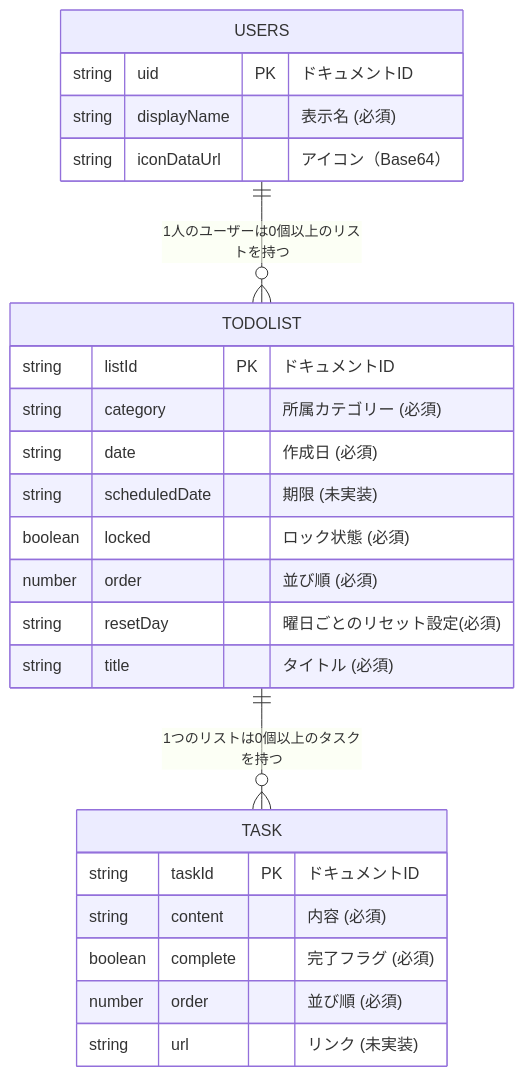
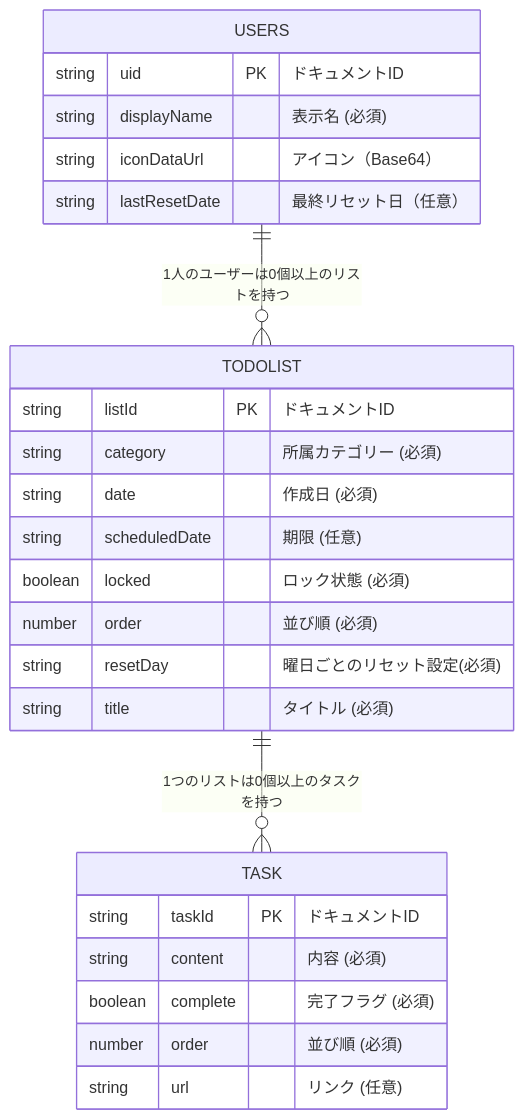
Before and after one commit to Planet0227/portfolio-1-todo: the diagram in README.md, drawn with Mermaid. The commit also changed other lines of this file and 3 other files, not shown here.

````diff
--- a/README.md
+++ b/README.md
@@ -205,27 +207,29 @@
 ```mermaid
 erDiagram
     USERS {
         string uid PK "ドキュメントID"
         string displayName     "表示名 (必須)"
         string iconDataUrl     "アイコン（Base64）"
+        string lastResetDate   "最終リセット日（任意）"
     }
     TODOLIST {
         string listId PK       "ドキュメントID"
         string category        "所属カテゴリー (必須)"
+
         string date            "作成日 (必須)"
-        string scheduledDate    "期限 (未実装)"
+        string scheduledDate    "期限 (任意)"
         boolean locked         "ロック状態 (必須)"
         number order           "並び順 (必須)"
         string resetDay        "曜日ごとのリセット設定(必須)"
         string title           "タイトル (必須)"
     }
     TASK {
         string taskId PK       "ドキュメントID"
         string content         "内容 (必須)"
         boolean complete       "完了フラグ (必須)"
         number order           "並び順 (必須)"
-        string url             "リンク (未実装)"
+        string url             "リンク (任意)"
     }
     USERS ||--o{ TODOLIST : "1人のユーザーは0個以上のリストを持つ"
     TODOLIST ||--o{ TASK    : "1つのリストは0個以上のタスクを持つ"
 ```
````
